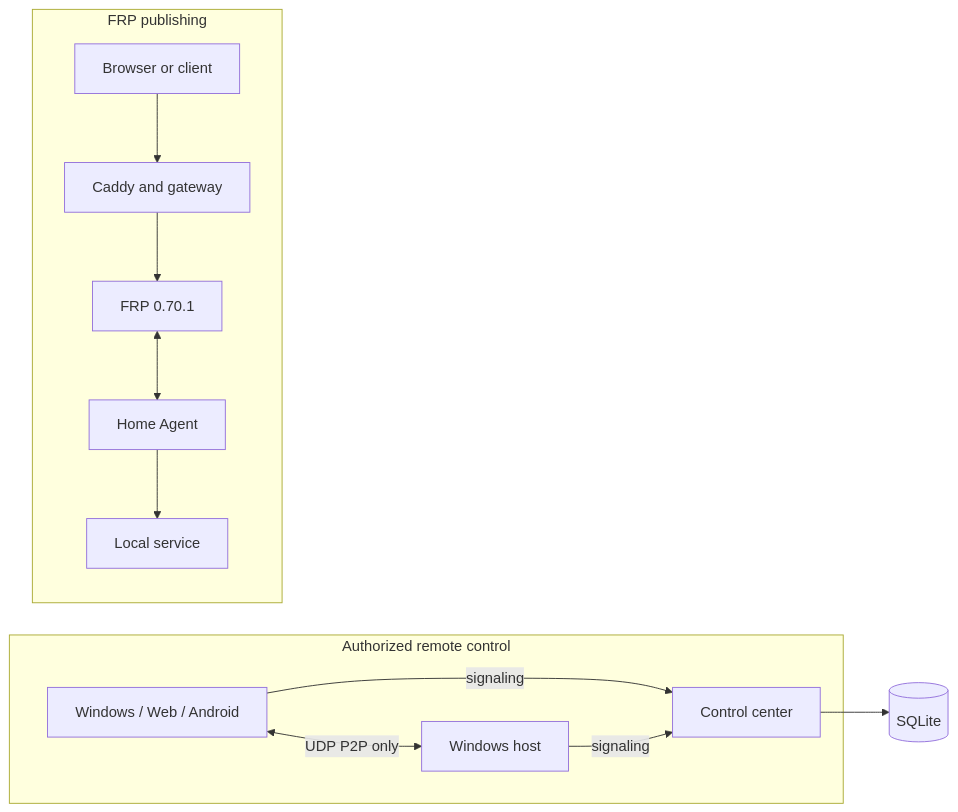
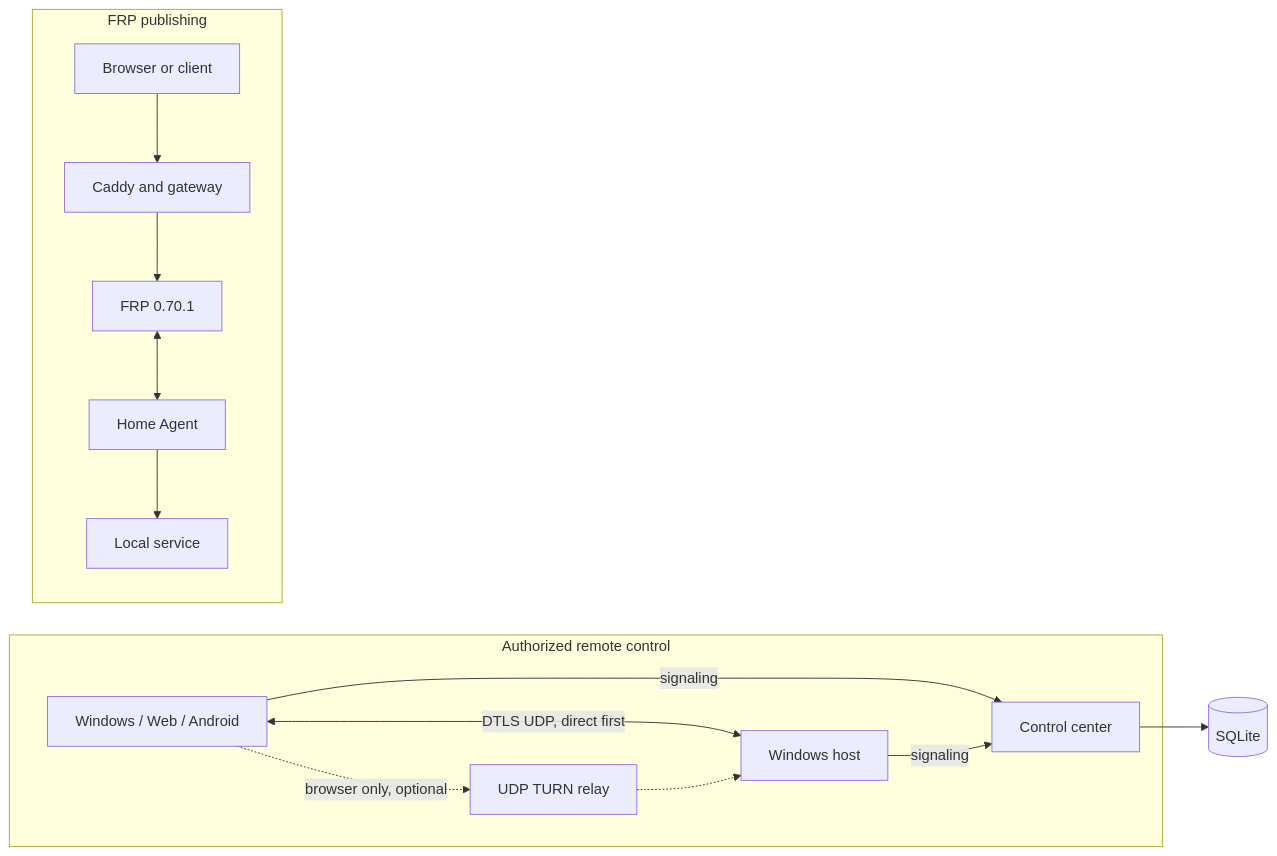
One commit to ZHanry/home-tunnel changed the diagram in docs/ARCHITECTURE.md. Above: the diagram before and after it, drawn with Mermaid. The commit also changed other lines of this file and 30 other files, not shown here.

````diff
--- a/docs/ARCHITECTURE.md
+++ b/docs/ARCHITECTURE.md
@@ -5,15 +5,17 @@
 ```mermaid
 flowchart LR
   subgraph remote [Authorized remote control]
-    Controller[Windows / Web / Android] <-->|UDP P2P only| Host[Windows host]
+    Controller[Windows / Web / Android] <-->|DTLS UDP, direct first| Host[Windows host]
+    Controller -.->|browser only, optional| Relay[UDP TURN relay]
+    Relay -.-> Host
     Controller -->|signaling| Control
     Host -->|signaling| Control
   end
   subgraph tunnel [FRP publishing]
     Visitor[Browser or client] --> Edge[Caddy and gateway]
     Edge --> FRPS[FRP 0.70.1]
     FRPS <--> Agent[Home Agent]
     Agent --> Local[Local service]
   end
   Control[Control center] --> DB[(SQLite)]
 ```
````
